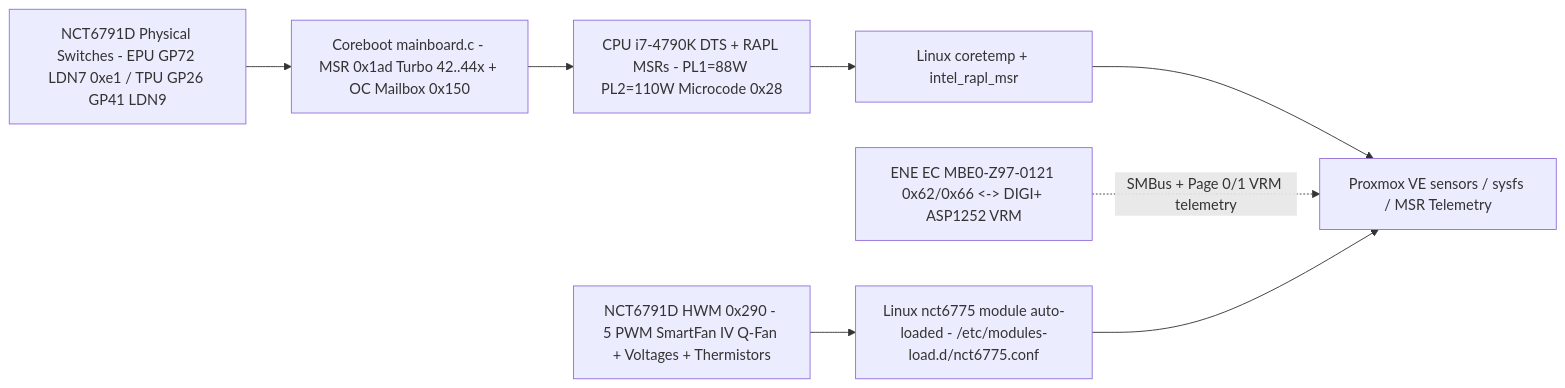
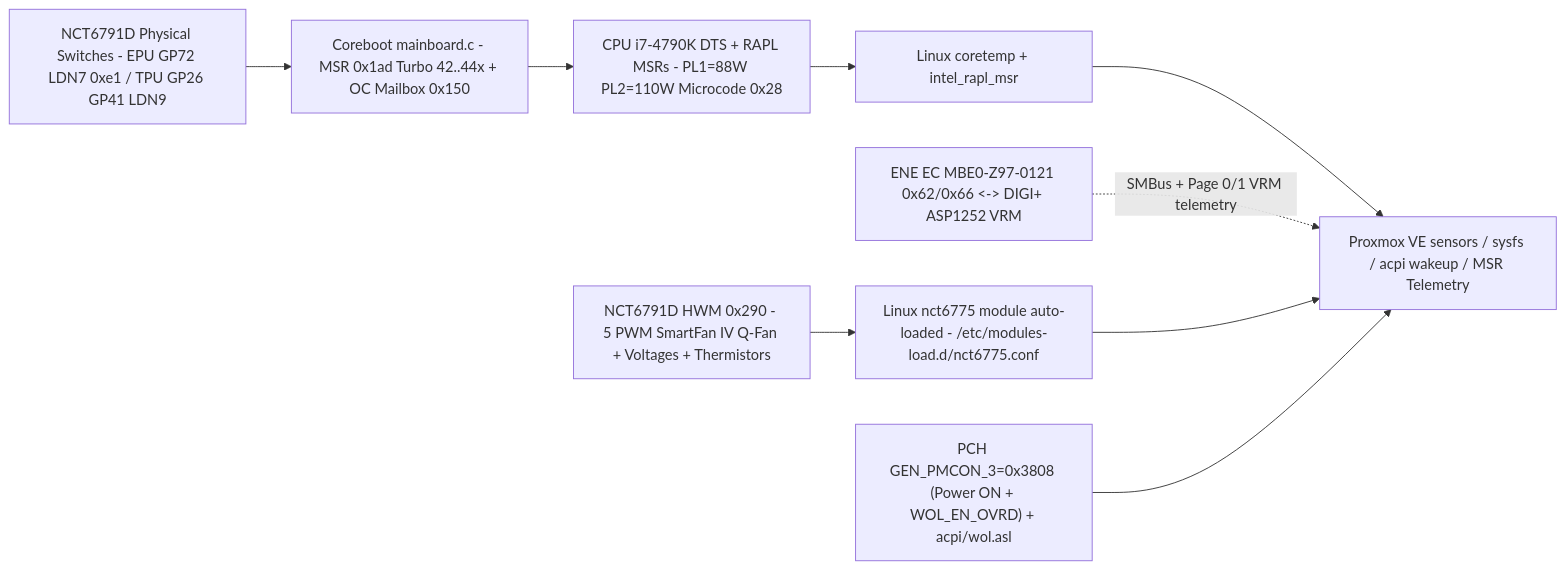
The third of 3 diagrams in docs/COREBOOT-HW-SW-FLOW.md (SanjayRavindran/asus-z97-a-coreboot), drawn with Mermaid before and after one commit. The commit also changed other lines of this file and 9 other files, not shown here.

Commit message:
docs,skills: add hardware-to-software flowcharts and update docs/skills for v0.16 / v26.09-r2

````diff
--- a/docs/COREBOOT-HW-SW-FLOW.md
+++ b/docs/COREBOOT-HW-SW-FLOW.md
@@ -104,17 +105,19 @@
 ```mermaid
 flowchart LR
     PKG["CPU i7-4790K DTS + RAPL MSRs - PL1=88W PL2=110W Microcode 0x28"]
     OC["Coreboot mainboard.c - MSR 0x1ad Turbo 42..44x + OC Mailbox 0x150"]
     SIO_SW["NCT6791D Physical Switches - EPU GP72 LDN7 0xe1 / TPU GP26 GP41 LDN9"]
     SIO_HWM["NCT6791D HWM 0x290 - 5 PWM SmartFan IV Q-Fan + Voltages + Thermistors"]
     EC_VRM["ENE EC MBE0-Z97-0121 0x62/0x66 <-> DIGI+ ASP1252 VRM"]
+    PM_WOL["PCH GEN_PMCON_3=0x3808 (Power ON + WOL_EN_OVRD) + acpi/wol.asl"]
 
     K_CORETEMP["Linux coretemp + intel_rapl_msr"]
     K_HWMON["Linux nct6775 module auto-loaded - /etc/modules-load.d/nct6775.conf"]
-    SENSORS["Proxmox VE sensors / sysfs / MSR Telemetry"]
+    SENSORS["Proxmox VE sensors / sysfs / acpi wakeup / MSR Telemetry"]
 
     PKG --> K_CORETEMP --> SENSORS
     SIO_SW --> OC --> PKG
     EC_VRM -. "SMBus + Page 0/1 VRM telemetry" .-> SENSORS
     SIO_HWM --> K_HWMON --> SENSORS
+    PM_WOL --> SENSORS
 ```
````
